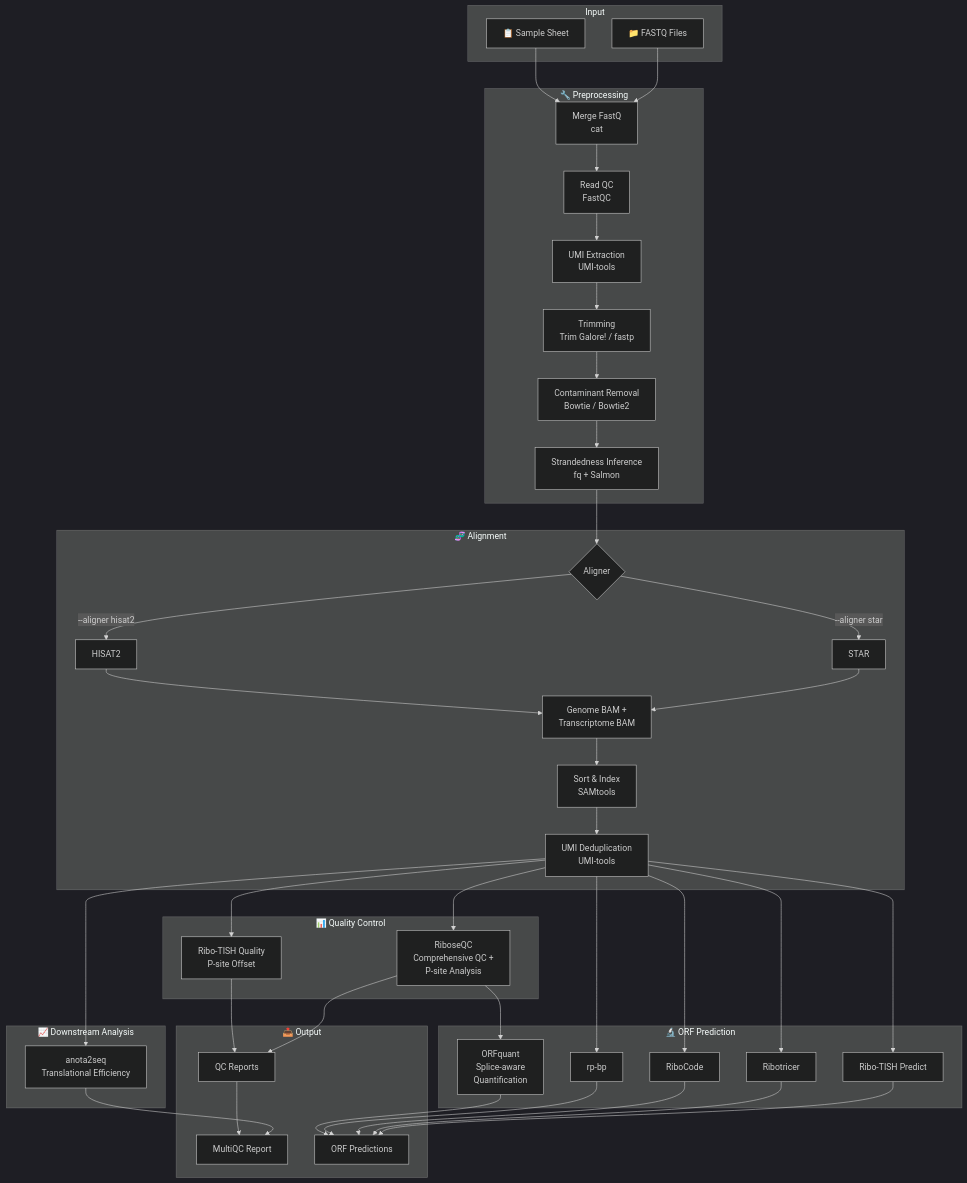
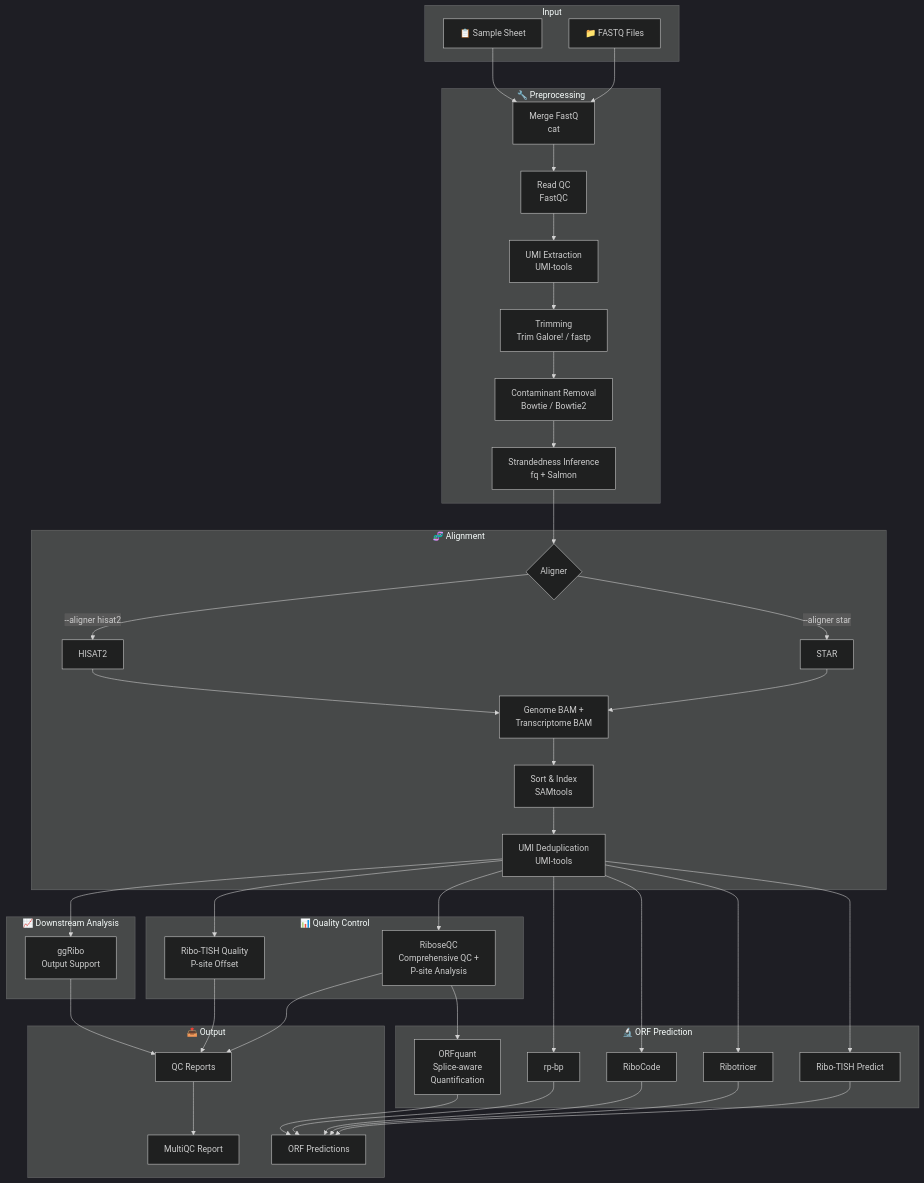
Before and after one commit to wtbxsjy/riboseq: the diagram in README.md, drawn with Mermaid (dark theme). The commit also changed other lines of this file and 2 other files, not shown here.

Commit message:
feat: add ggRibo output support and update documentation

````diff
--- a/README.md
+++ b/README.md
@@ -26,77 +26,77 @@
 ```mermaid
 flowchart TB
     subgraph Input
         A[📁 FASTQ Files]
         B[📋 Sample Sheet]
     end
 
     subgraph Preprocessing["🔧 Preprocessing"]
         C[Merge FastQ<br/>cat]
         D[Read QC<br/>FastQC]
         E[UMI Extraction<br/>UMI-tools]
         F[Trimming<br/>Trim Galore! / fastp]
         G[Contaminant Removal<br/>Bowtie / Bowtie2]
         H[Strandedness Inference<br/>fq + Salmon]
     end
 
     subgraph Alignment["🧬 Alignment"]
         I{Aligner}
         J[STAR]
         K[HISAT2]
         L[Genome BAM +<br/>Transcriptome BAM]
         M[Sort & Index<br/>SAMtools]
         N[UMI Deduplication<br/>UMI-tools]
     end
 
     subgraph QC["📊 Quality Control"]
         O[RiboseQC<br/>Comprehensive QC +<br/>P-site Analysis]
         P[Ribo-TISH Quality<br/>P-site Offset]
     end
 
     subgraph ORF["🔬 ORF Prediction"]
         Q[Ribo-TISH Predict]
         R[Ribotricer]
         S[RiboCode]
         T[rp-bp]
         OQ[ORFquant<br/>Splice-aware<br/>Quantification]
     end
 
     subgraph Analysis["📈 Downstream Analysis"]
-        U[anota2seq<br/>Translational Efficiency]
+        U[ggRibo<br/>Output Support]
     end
 
     subgraph Output["📤 Output"]
         V[MultiQC Report]
         W[ORF Predictions]
         X[QC Reports]
     end
 
     A --> C
     B --> C
     C --> D --> E --> F --> G --> H
     H --> I
     I -->|--aligner star| J
     I -->|--aligner hisat2| K
     J --> L
     K --> L
     L --> M --> N
 
     N --> O
     N --> P
     N --> Q
     N --> R
     N --> S
     N --> T
     N --> U
 
     O --> OQ
     O --> X
     P --> X
     Q --> W
     R --> W
     S --> W
     T --> W
     OQ --> W
-    U --> V
+    U --> X
     X --> V
 ```
````
